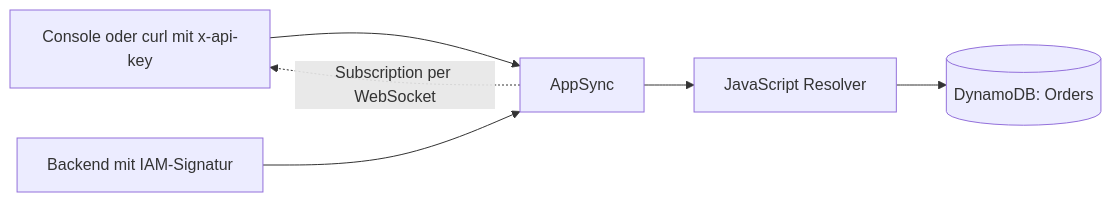
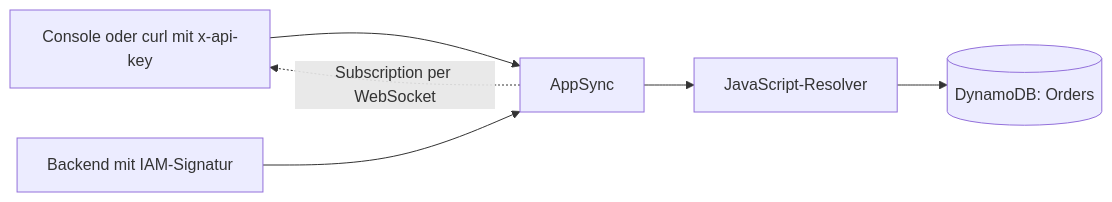
The diagram in exercises/11-aws-appsync-graphql/README.md (MikeBild/introduction-aws), drawn with Mermaid before and after one commit. The commit also changed other lines of this file and 35 other files, not shown here.

````diff
--- a/exercises/11-aws-appsync-graphql/README.md
+++ b/exercises/11-aws-appsync-graphql/README.md
@@ -9,7 +9,7 @@
 ```mermaid
 flowchart LR
   c["Console oder curl mit x-api-key"] --> a["AppSync"]
   b["Backend mit IAM-Signatur"] --> a
-  a --> r["JavaScript Resolver"] --> d[("DynamoDB: Orders")]
+  a --> r["JavaScript-Resolver"] --> d[("DynamoDB: Orders")]
   a -. "Subscription per WebSocket" .-> c
 ```
````
